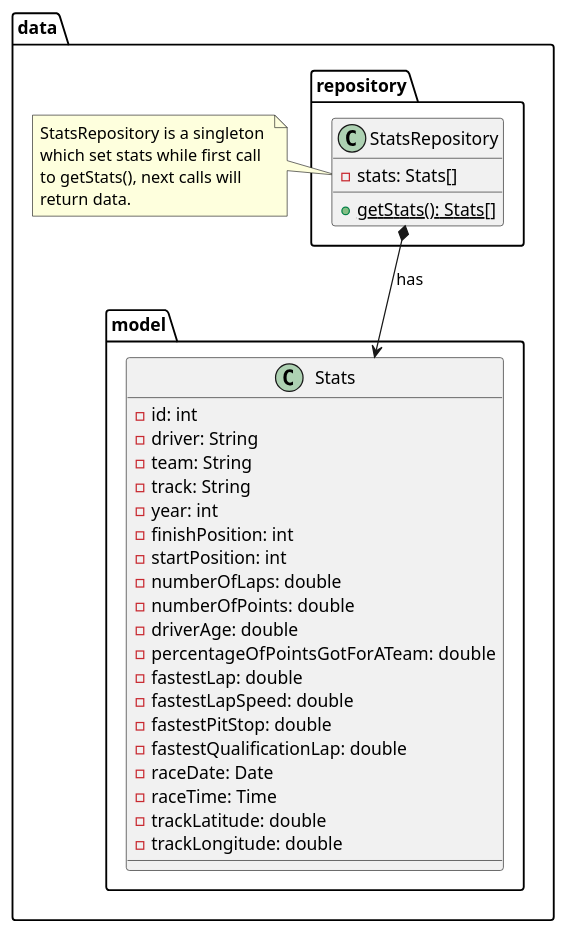
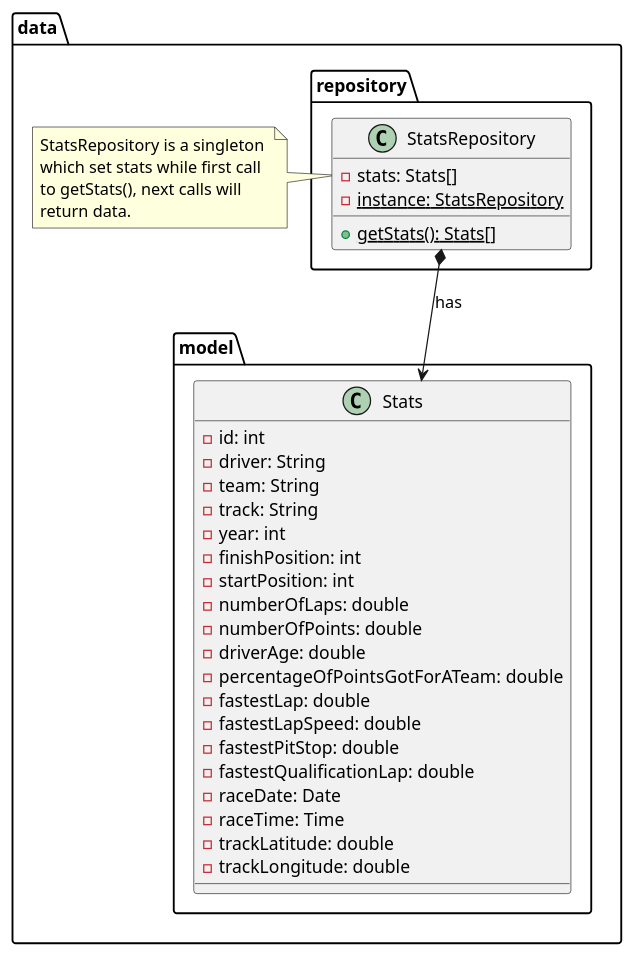
One commit to kambed/Computer-Recognition-Systems changed the second of 5 diagrams in task2/README.md. Above: the diagram before and after it, drawn with PlantUML. The commit also changed other lines of this file, not shown here.

````diff
--- a/task2/README.md
+++ b/task2/README.md
@@ -27,41 +29,42 @@
 ```plantuml
 package data {
     package model {
         class Stats {
             - id: int
             - driver: String
             - team: String
             - track: String
             - year: int
             - finishPosition: int
             - startPosition: int
             - numberOfLaps: double
             - numberOfPoints: double
             - driverAge: double
             - percentageOfPointsGotForATeam: double
             - fastestLap: double
             - fastestLapSpeed: double
             - fastestPitStop: double
             - fastestQualificationLap: double
             - raceDate: Date
             - raceTime: Time
             - trackLatitude: double
             - trackLongitude: double
         }
     }
     package repository {
         class StatsRepository {
             - stats: Stats[]
+            - {static} instance: StatsRepository
             + {static} getStats(): Stats[]
         }
         StatsRepository *--> Stats: has
     }
 
     note left of StatsRepository::stats
         StatsRepository is a singleton 
         which set stats while first call 
         to getStats(), next calls will
         return data.
     end note
 }
 ```
````
